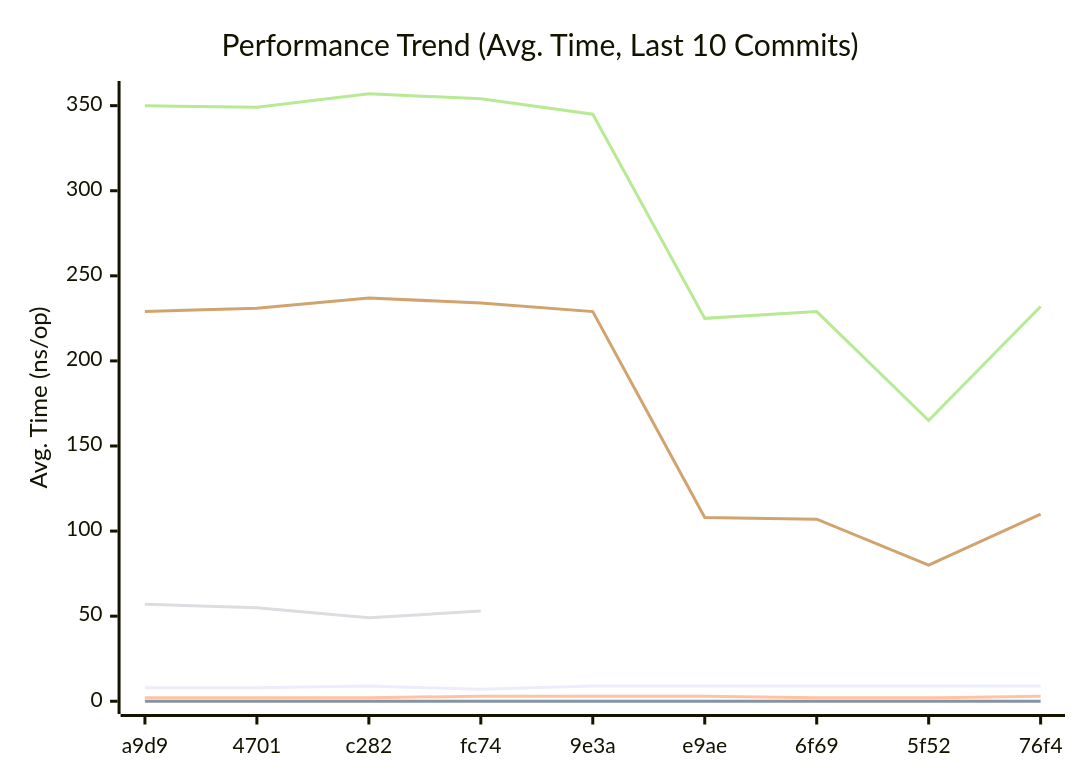
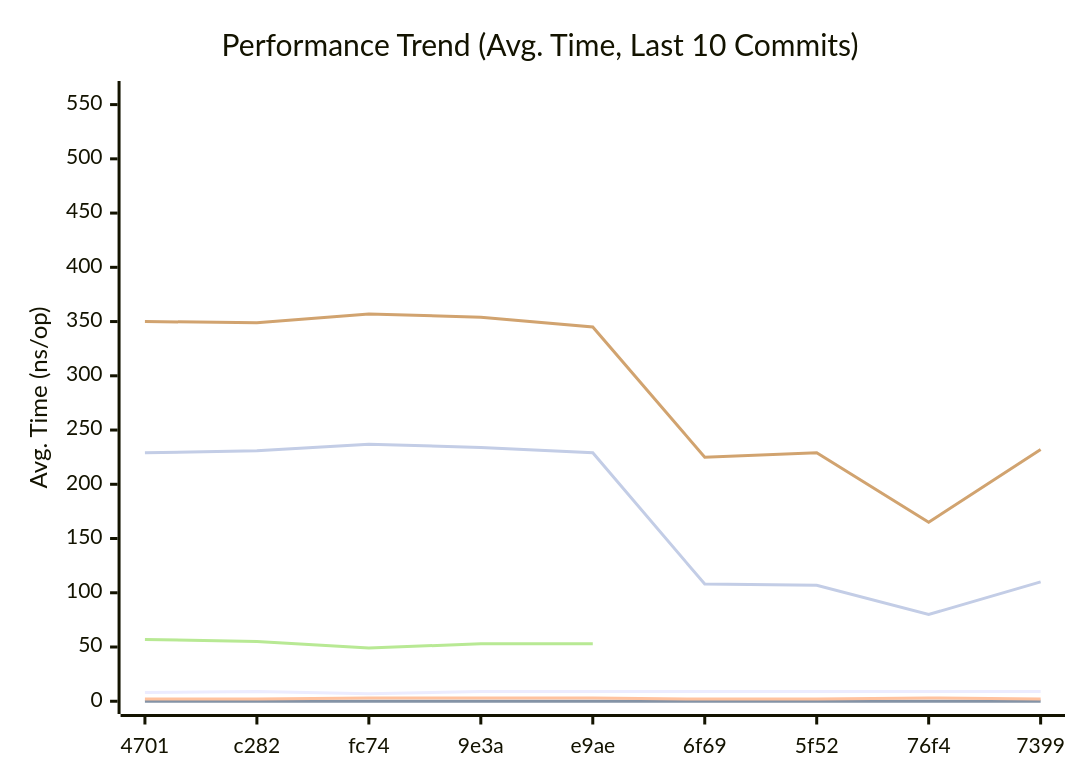
The first of 3 diagrams in doc/README.md (alsotoes/momo), drawn with Mermaid before and after one commit. The commit also changed other lines of this file and 1 other file, not shown here.

````diff
--- a/doc/README.md
+++ b/doc/README.md
@@ -293,13 +296,14 @@
 ```mermaid
 xychart-beta
     title "Performance Trend (Avg. Time, Last 10 Commits)"
     x-axis "Commit"
     y-axis "Avg. Time (ns/op)"
-    x-axis [a9d9,4701,c282,fc74,9e3a,e9ae,6f69,5f52,76f4]
-    line "CheckMetricsAndSwap" [8,8,9,7,9,9,9,9,9,9]
+    x-axis [4701,c282,fc74,9e3a,e9ae,6f69,5f52,76f4,7399]
+    line "CheckMetricsAndSwap" [8,9,7,9,9,9,9,9,9,9]
     line "IndexDirectTracking" [0,0,0,0,0,0,0,0,0,0]
-    line "IndexSearch" [2,2,2,3,3,3,2,2,3,2]
-    line "PadString" [57,55,49,53]
+    line "IndexSearch" [2,2,3,3,3,2,2,3,2,2]
+    line "LoadGlobalConfig" [560]
+    line "PadString" [57,55,49,53,53]
     line "ParseReplicationOrder_NoPrealloc" [350,349,357,354,345,225,229,165,232,234]
     line "ParseReplicationOrder_Prealloc" [229,231,237,234,229,108,107,80,110,109]
 ```
````
